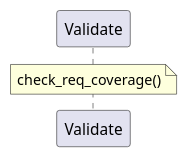
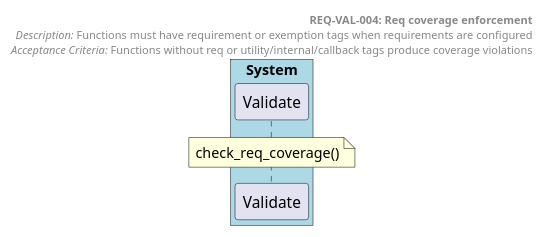
The diagram in docs/generated/sequences/REQ-VAL-004.puml (tvanfossen/doxygen-guard), drawn with PlantUML before and after one commit. The commit also changed 18 other files, not shown here.

```diff
--- a/docs/generated/sequences/REQ-VAL-004.puml
+++ b/docs/generated/sequences/REQ-VAL-004.puml
@@ -1,8 +1,16 @@
-@startuml REQ-VAL-004
+@startuml REQ-VAL-004 Req coverage enforcement
 autonumber
 
-participant "Validate" as Validate
+box "System" #LightBlue
+  participant "Validate" as Validate
+end box
+
+header
+  **REQ-VAL-004: Req coverage enforcement**
+  //Description:// Functions must have requirement or exemption tags when requirements are configured
+  //Acceptance Criteria:// Functions without req or utility/internal/callback tags produce coverage violations
+end header
 
 note over Validate: check_req_coverage()
 
 @enduml
```
